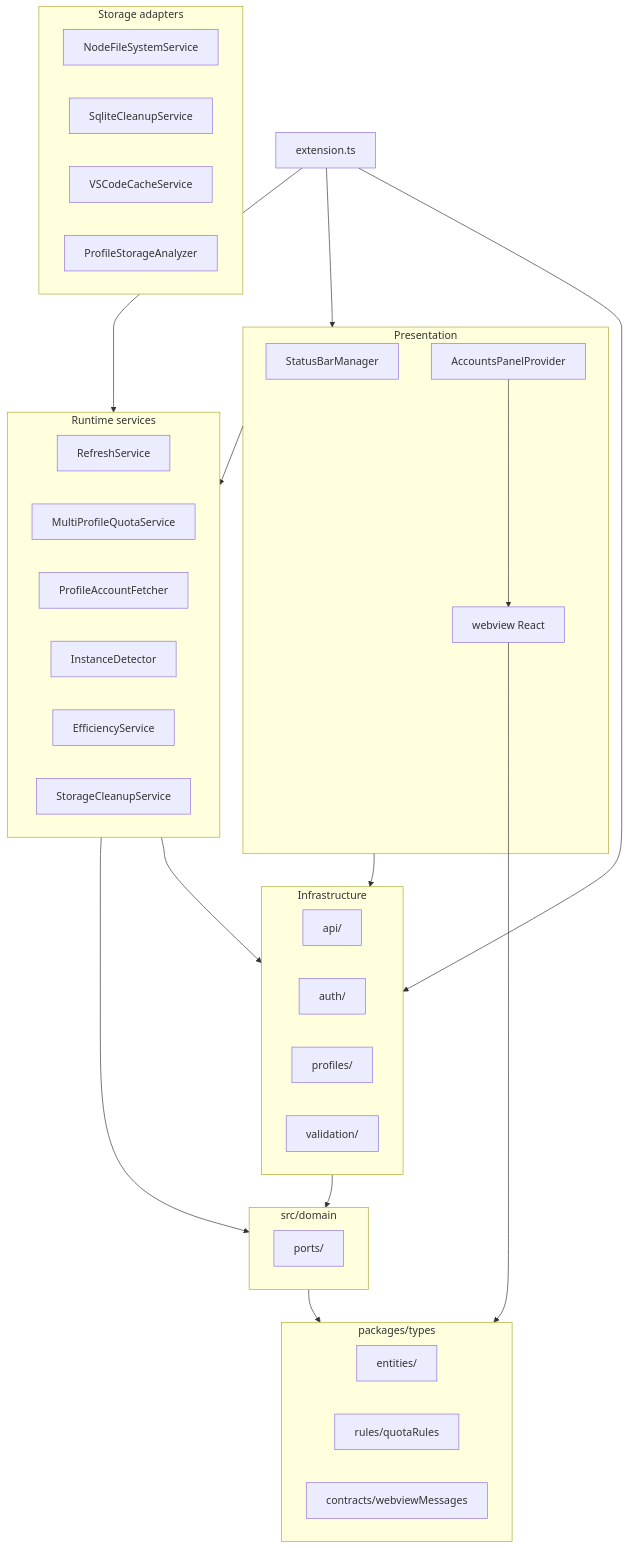
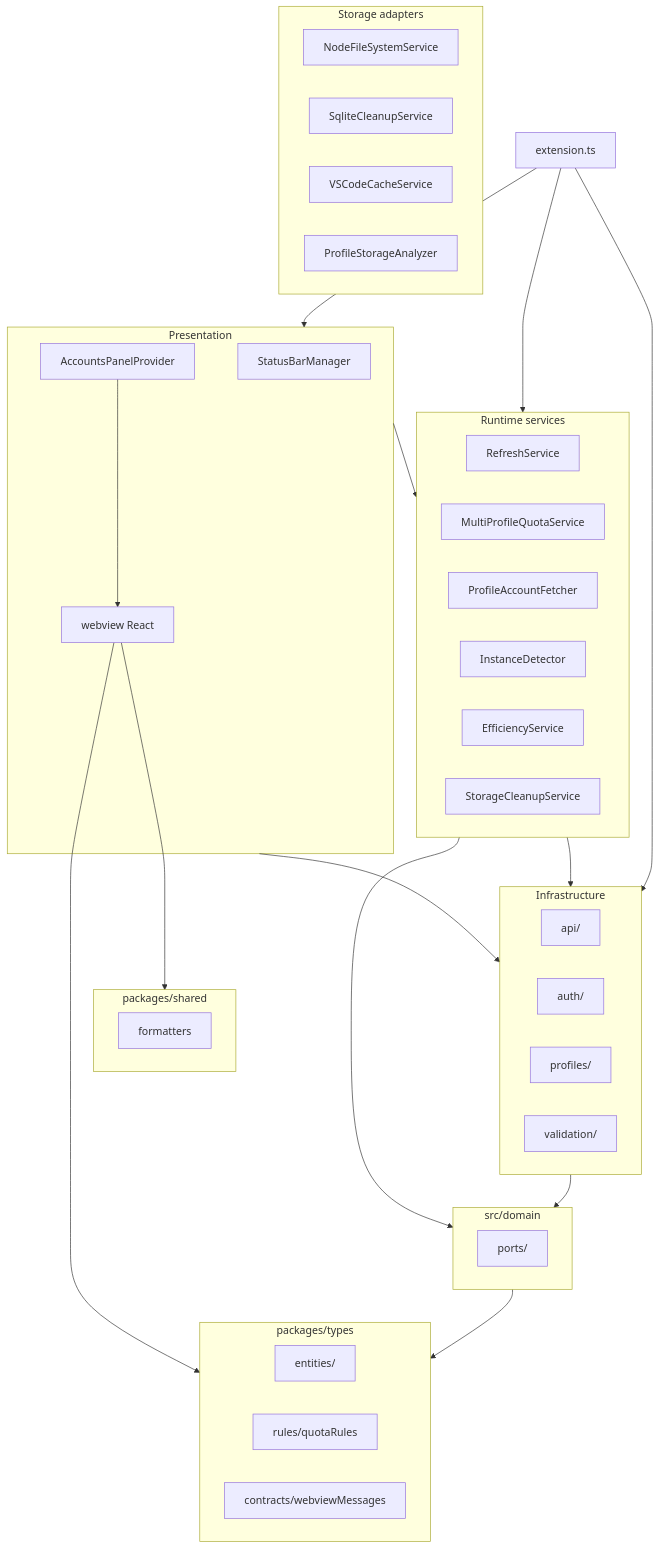
Before and after one commit to vypdev/cursor-accounts: the first of 4 diagrams in docs/ARCHITECTURE.md, drawn with Mermaid. The commit also changed other lines of this file and 34 other files, not shown here.

````diff
--- a/docs/ARCHITECTURE.md
+++ b/docs/ARCHITECTURE.md
@@ -29,47 +30,51 @@
 ```mermaid
 graph TB
   subgraph shared [packages/types]
     Entities[entities/]
     Rules[rules/quotaRules]
     Contracts[contracts/webviewMessages]
+  end
+  subgraph sharedUtils [packages/shared]
+    Formatters[formatters]
   end
   subgraph domain [src/domain]
     Ports[ports/]
   end
   subgraph infra [Infrastructure]
     API[api/]
     Auth[auth/]
     Profiles[profiles/]
     Validation[validation/]
   end
   subgraph runtime [Runtime services]
     Refresh[RefreshService]
     MultiQuota[MultiProfileQuotaService]
     AccountFetch[ProfileAccountFetcher]
     Instance[InstanceDetector]
     Efficiency[EfficiencyService]
     StorageCleanup[StorageCleanupService]
   end
   subgraph storageInfra [Storage adapters]
     FileSystem[NodeFileSystemService]
     SqliteCleanup[SqliteCleanupService]
     VSCodeCache[VSCodeCacheService]
     StorageAnalyzer[ProfileStorageAnalyzer]
   end
   subgraph presentation [Presentation]
     StatusBar[StatusBarManager]
     Panel[AccountsPanelProvider]
     Webview[webview React]
   end
   Ext[extension.ts] --> runtime
   Ext --> presentation
   Ext --> infra
   domain --> shared
   infra --> domain
   runtime --> domain
   runtime --> infra
   presentation --> runtime
   presentation --> infra
   Webview --> shared
+  Webview --> sharedUtils
   Panel --> Webview
 ```
````
